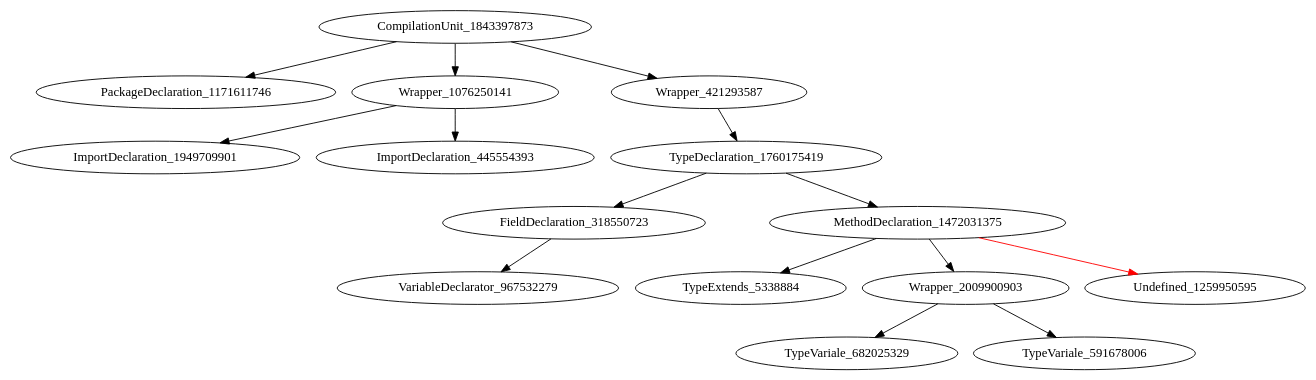
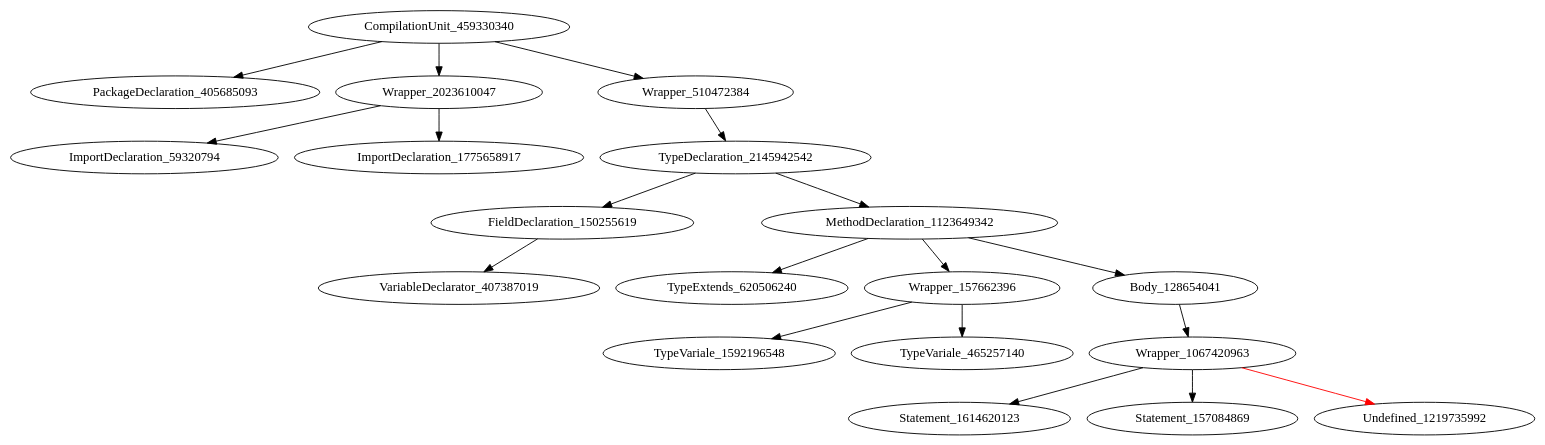
The diagram in holeAST.dot (icse2023material/VoiceJava), drawn with Graphviz before and after one commit. The commit also changed 9 other files, not shown here.

Commit message:
[add] local variable declaration, e.g define int variable a; int 3

```diff
--- a/holeAST.dot
+++ b/holeAST.dot
@@ -1,16 +1,20 @@
 digraph {
-CompilationUnit_1843397873 -> PackageDeclaration_1171611746
-CompilationUnit_1843397873 -> Wrapper_1076250141
-CompilationUnit_1843397873 -> Wrapper_421293587
-Wrapper_1076250141 -> ImportDeclaration_1949709901
-Wrapper_1076250141 -> ImportDeclaration_445554393
-Wrapper_421293587 -> TypeDeclaration_1760175419
-TypeDeclaration_1760175419 -> FieldDeclaration_318550723
-TypeDeclaration_1760175419 -> MethodDeclaration_1472031375
-FieldDeclaration_318550723 -> VariableDeclarator_967532279
-MethodDeclaration_1472031375 -> TypeExtends_5338884
-MethodDeclaration_1472031375 -> Wrapper_2009900903
-MethodDeclaration_1472031375 -> Undefined_1259950595 [color = red] 
-Wrapper_2009900903 -> TypeVariale_682025329
-Wrapper_2009900903 -> TypeVariale_591678006
+CompilationUnit_459330340 -> PackageDeclaration_405685093
+CompilationUnit_459330340 -> Wrapper_2023610047
+CompilationUnit_459330340 -> Wrapper_510472384
+Wrapper_2023610047 -> ImportDeclaration_59320794
+Wrapper_2023610047 -> ImportDeclaration_1775658917
+Wrapper_510472384 -> TypeDeclaration_2145942542
+TypeDeclaration_2145942542 -> FieldDeclaration_150255619
+TypeDeclaration_2145942542 -> MethodDeclaration_1123649342
+FieldDeclaration_150255619 -> VariableDeclarator_407387019
+MethodDeclaration_1123649342 -> TypeExtends_620506240
+MethodDeclaration_1123649342 -> Wrapper_157662396
+MethodDeclaration_1123649342 -> Body_128654041
+Wrapper_157662396 -> TypeVariale_1592196548
+Wrapper_157662396 -> TypeVariale_465257140
+Body_128654041 -> Wrapper_1067420963
+Wrapper_1067420963 -> Statement_1614620123
+Wrapper_1067420963 -> Statement_157084869
+Wrapper_1067420963 -> Undefined_1219735992 [color = red] 
 }
```
